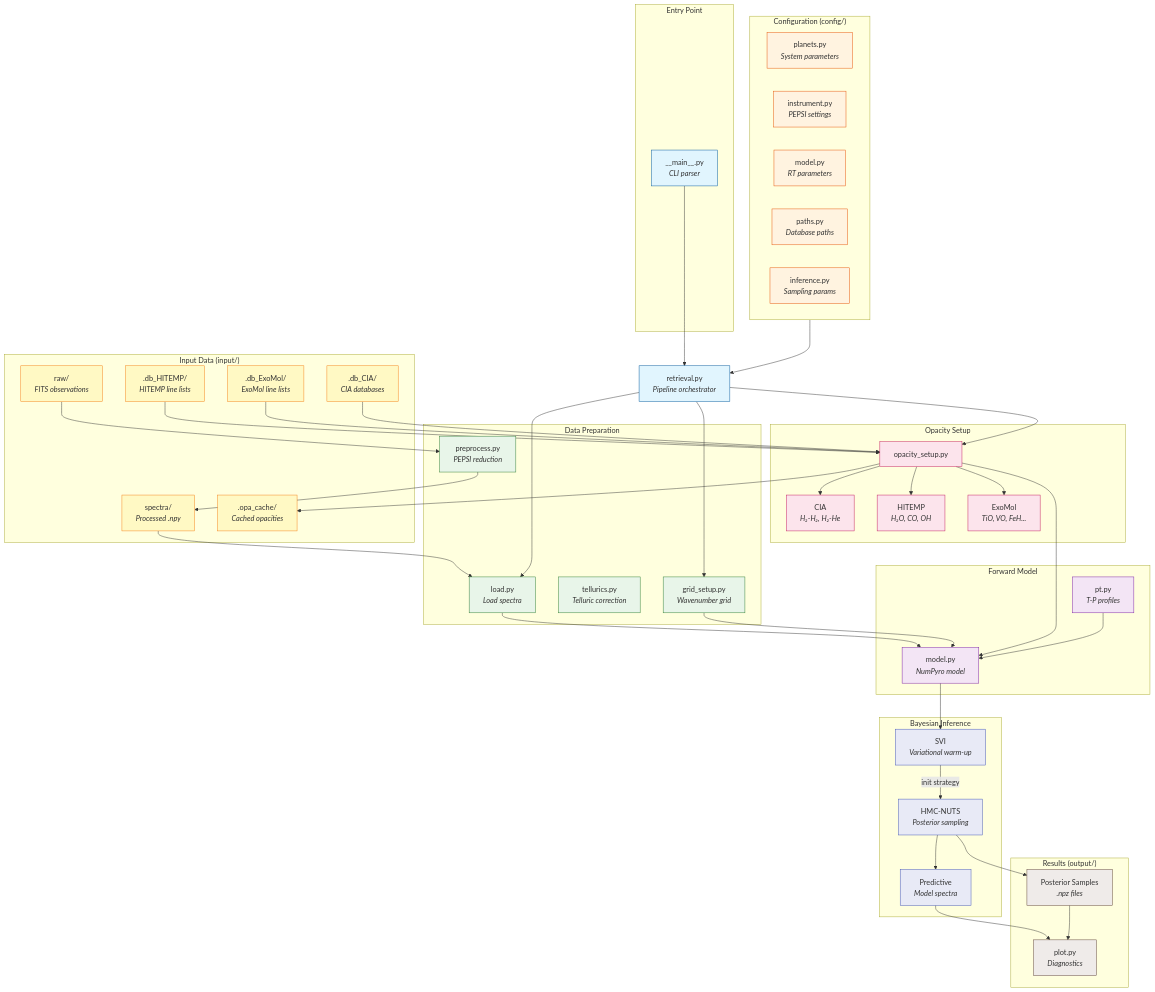
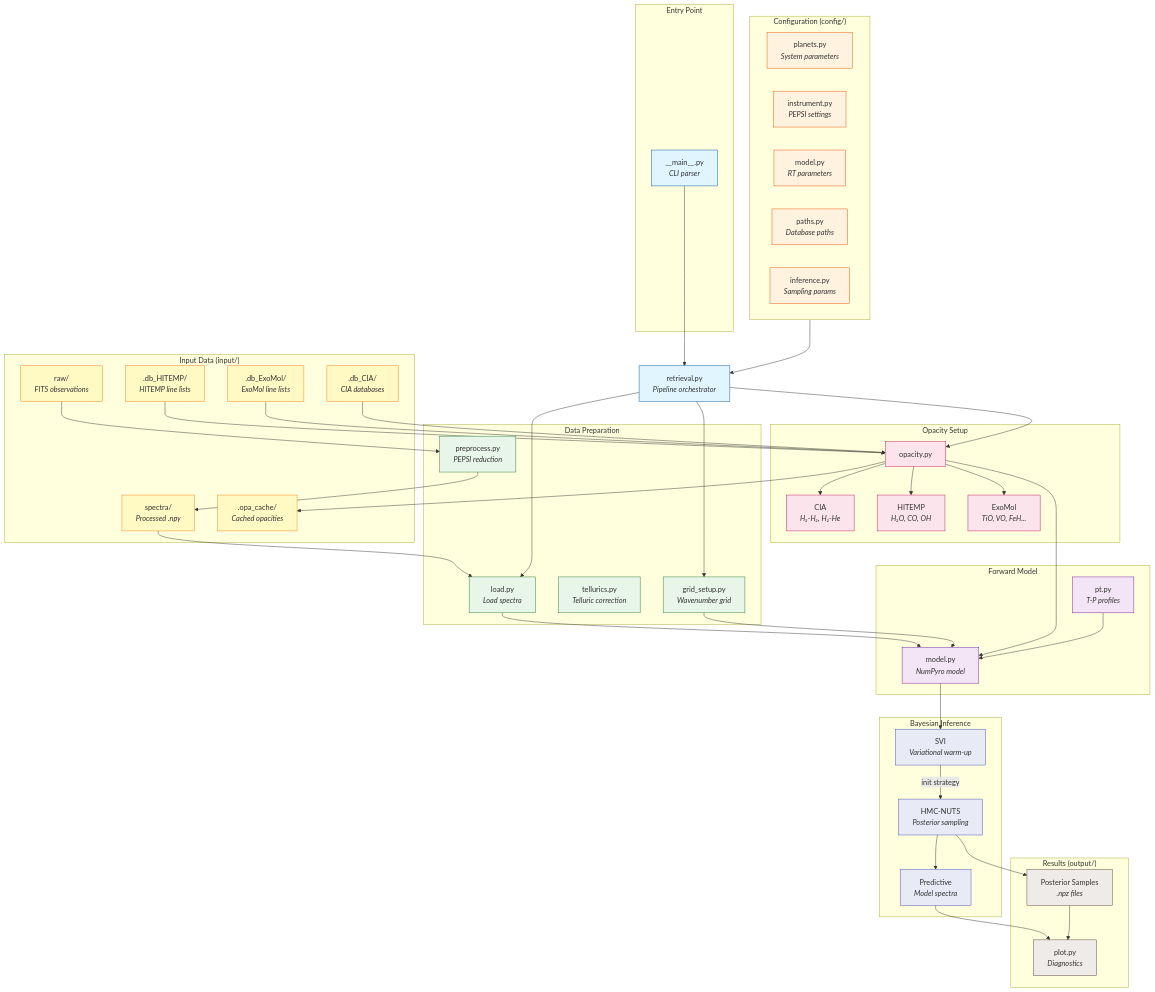
Before and after one commit to calderlen/atmo-retrieval: the diagram in README.md, drawn with Mermaid. The commit also changed other lines of this file and 4 other files, not shown here.

Commit message:
opacity_setup -> opacity; added support for a bunch of species

```diff
--- a/README.md
+++ b/README.md
@@ -33,7 +33,7 @@
     end
 
     subgraph Opacity["Opacity Setup"]
-        opa_setup["opacity_setup.py"]
+        opa_setup["opacity.py"]
         cia["CIA<br/><i>H₂-H₂, H₂-He</i>"]
         hitemp["HITEMP<br/><i>H₂O, CO, OH</i>"]
         exomol["ExoMol<br/><i>TiO, VO, FeH...</i>"]
```
